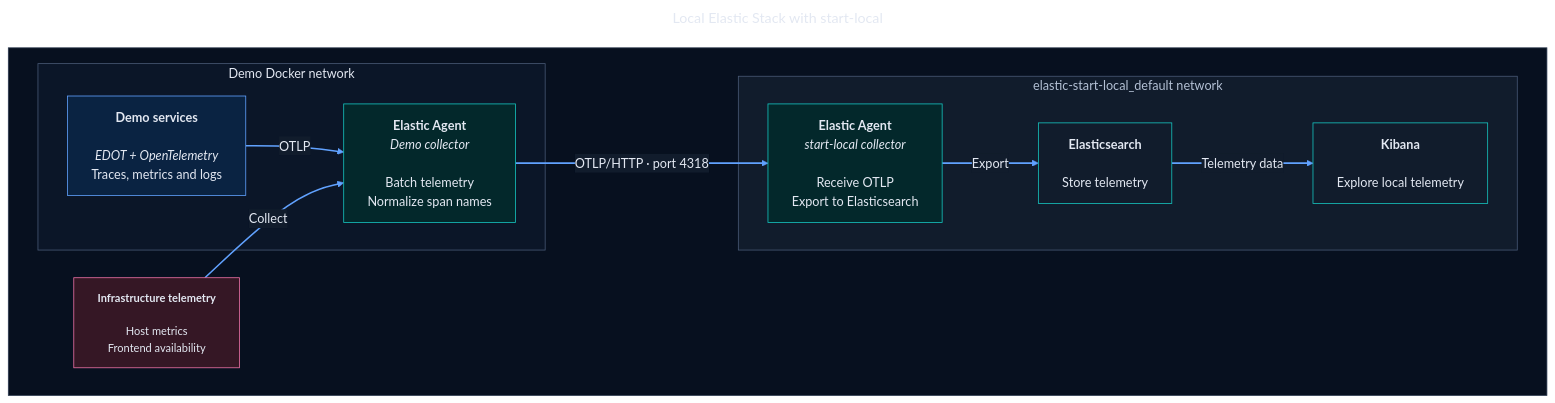
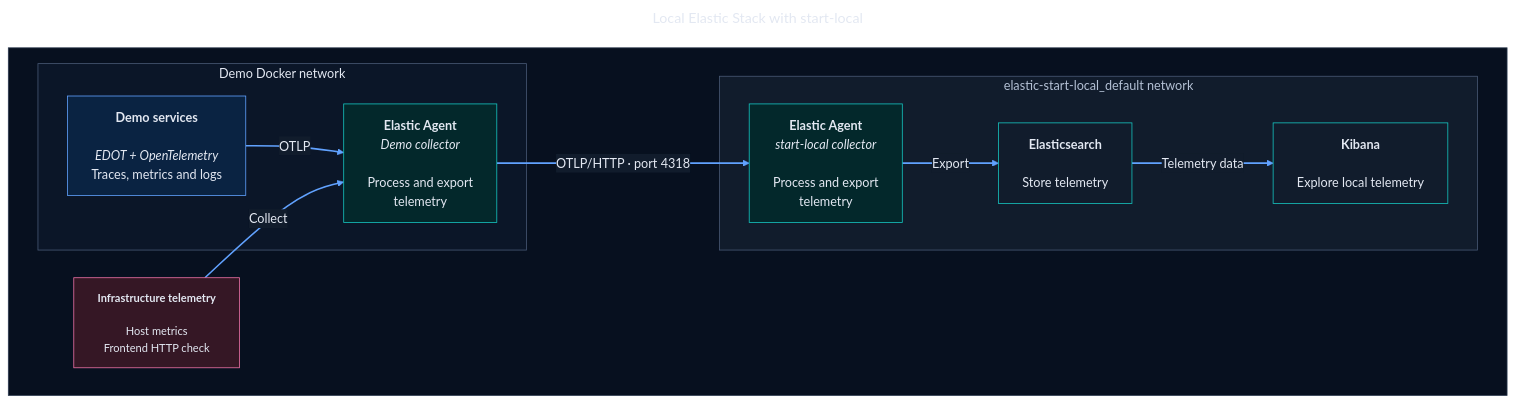
Before and after one commit to osullivandonal/opentelemetry-demo: the second of 5 diagrams in .github/README.md, drawn with Mermaid. The commit also changed other lines of this file and 5 other files, not shown here.

Commit message:
docs: refresh Elastic demo screenshots and guidance

````diff
--- a/.github/README.md
+++ b/.github/README.md
@@ -173,39 +177,39 @@
 ```mermaid
 ---
 title: Local Elastic Stack with start-local
 ---
 %%{init: {"theme": "base", "flowchart": {"htmlLabels": true, "titleTopMargin": 24}, "markdownAutoWrap": false, "themeVariables": {"darkMode": true, "fontSize": "16px", "background": "#07101F", "primaryColor": "#0A2342", "primaryTextColor": "#E3E8F2", "primaryBorderColor": "#61A2FF", "lineColor": "#61A2FF", "textColor": "#E3E8F2", "edgeLabelBackground": "#111C2C", "clusterBkg": "#0B1628", "clusterBorder": "#485975"}}}%%
 flowchart LR
     subgraph ARCH[" "]
         direction LR
         subgraph DEMO["Demo Docker network"]
             APP["<b>Demo services</b><br/><br/><i>EDOT + OpenTelemetry</i><br/>Traces, metrics and logs"]
-            COLLECTOR["<b>Elastic Agent</b><br/><i>Demo collector</i><br/><br/>Batch telemetry<br/>Normalize span names"]
+            COLLECTOR["<b>Elastic Agent</b><br/><i>Demo collector</i><br/><br/>Process and export<br/>telemetry"]
             APP -->|OTLP| COLLECTOR
         end
-        HOST["<b>Infrastructure telemetry</b><br/><br/>Host metrics<br/>Frontend availability"]
+        HOST["<b>Infrastructure telemetry</b><br/><br/>Host metrics<br/>Frontend HTTP check"]
         HOST -->|Collect| COLLECTOR
         subgraph LOCAL["elastic-start-local_default network"]
-            LOCAL_AGENT["<b>Elastic Agent</b><br/><i>start-local collector</i><br/><br/>Receive OTLP<br/>Export to Elasticsearch"]
+            LOCAL_AGENT["<b>Elastic Agent</b><br/><i>start-local collector</i><br/><br/>Process and export<br/>telemetry"]
             ES["<b>Elasticsearch</b><br/><br/>Store telemetry"]
             KIBANA["<b>Kibana</b><br/><br/>Explore local telemetry"]
             LOCAL_AGENT -->|Export| ES
             ES -->|"Telemetry data"| KIBANA
         end
         COLLECTOR -->|"OTLP/HTTP · port 4318"| LOCAL_AGENT
     end
 
     class APP application
     class HOST source
     class COLLECTOR,LOCAL_AGENT agent
     class ES,KIBANA backend
     style DEMO fill:#0B1628,stroke:#485975,color:#E3E8F2
     style LOCAL fill:#111C2C,stroke:#485975,color:#B4C1D5
     classDef application fill:#0A2342,stroke:#61A2FF,color:#E3E8F2,font-size:16px
     classDef agent fill:#03282B,stroke:#16C5C0,color:#E3E8F2,font-size:16px
     classDef source fill:#351725,stroke:#EE72A6,color:#E3E8F2,font-size:14px
     classDef backend fill:#111C2C,stroke:#16C5C0,color:#E3E8F2,font-size:16px
 
     style ARCH fill:#07101F,stroke:#2B394F,color:#E3E8F2
     linkStyle default stroke:#61A2FF,stroke-width:2px
 ```
````
